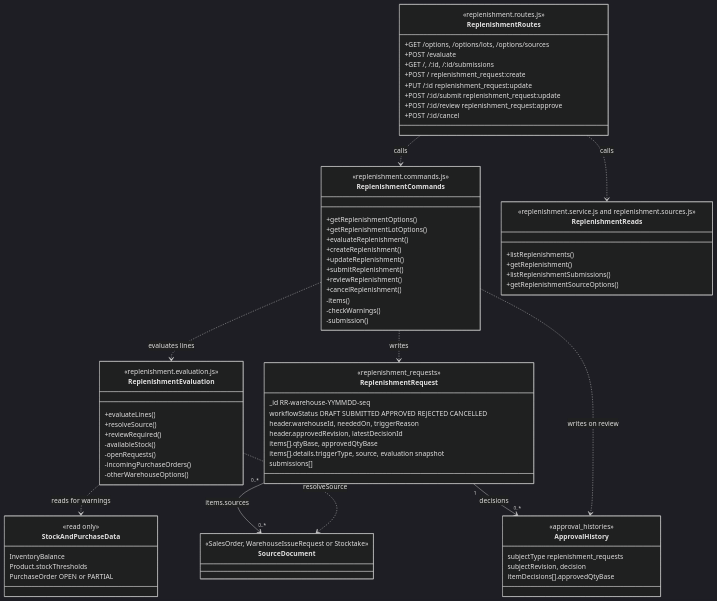
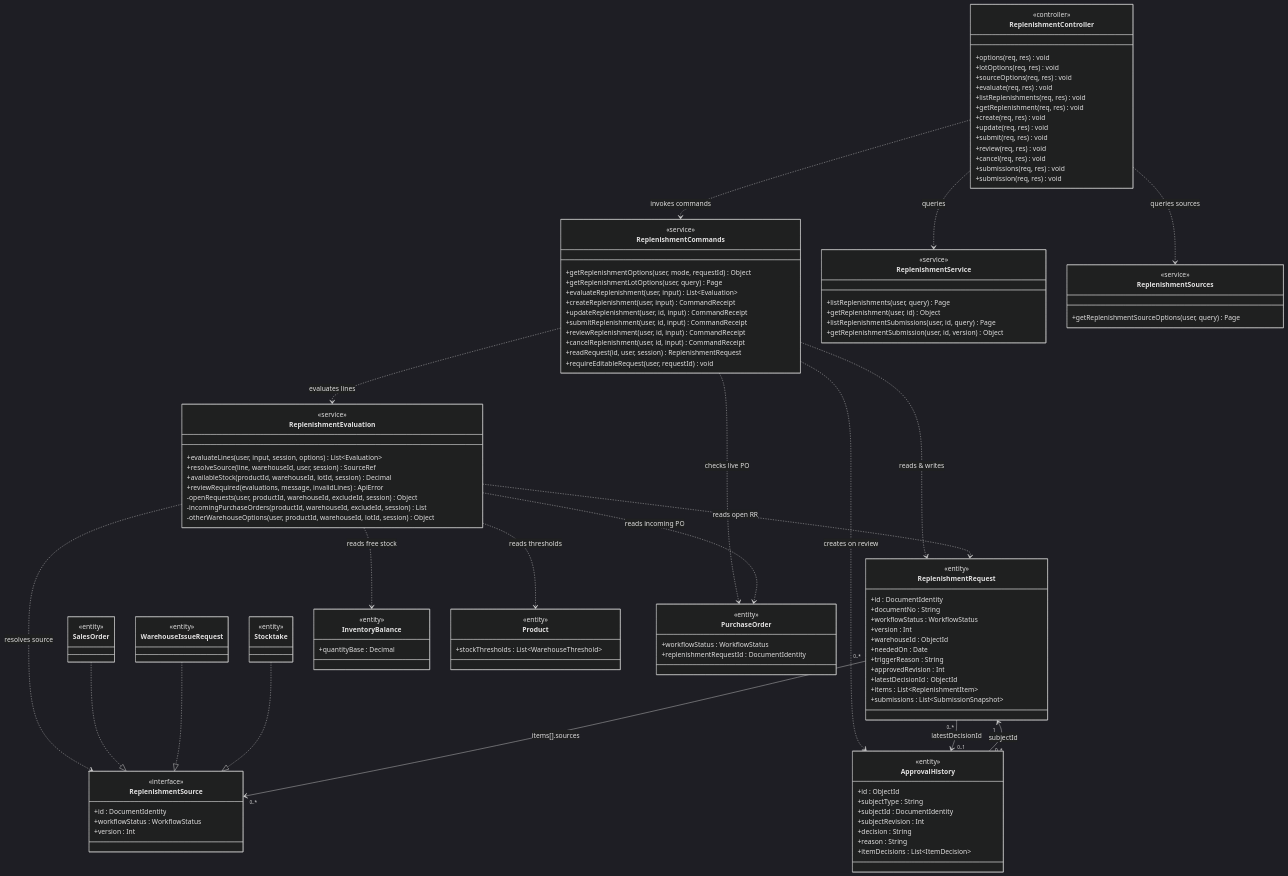
The fourth of 46 diagrams in git_doc/docs/01_bao_cao/WMSD_Report4_Draft.md (bupbalabup/wmsd_be), drawn with Mermaid (dark theme) before and after one commit. The commit also changed other lines of this file and 2 other files, not shown here.

````diff
--- a/git_doc/docs/01_bao_cao/WMSD_Report4_Draft.md
+++ b/git_doc/docs/01_bao_cao/WMSD_Report4_Draft.md
@@ -1886,79 +406,123 @@
 ```mermaid
 classDiagram
-  class ReplenishmentRoutes {
-    <<replenishment.routes.js>>
-    +GET /options, /options/lots, /options/sources
-    +POST /evaluate
-    +GET /, /:id, /:id/submissions
-    +POST / replenishment_request:create
-    +PUT /:id replenishment_request:update
-    +POST /:id/submit replenishment_request:update
-    +POST /:id/review replenishment_request:approve
-    +POST /:id/cancel
+  class ReplenishmentController {
+    <<controller>>
+    +options(req, res) void
+    +lotOptions(req, res) void
+    +sourceOptions(req, res) void
+    +evaluate(req, res) void
+    +listReplenishments(req, res) void
+    +getReplenishment(req, res) void
+    +create(req, res) void
+    +update(req, res) void
+    +submit(req, res) void
+    +review(req, res) void
+    +cancel(req, res) void
+    +submissions(req, res) void
+    +submission(req, res) void
   }
   class ReplenishmentCommands {
-    <<replenishment.commands.js>>
-    +getReplenishmentOptions()
-    +getReplenishmentLotOptions()
-    +evaluateReplenishment()
-    +createReplenishment()
-    +updateReplenishment()
-    +submitReplenishment()
-    +reviewReplenishment()
-    +cancelReplenishment()
-    -items()
-    -checkWarnings()
-    -submission()
+    <<service>>
+    +getReplenishmentOptions(user, mode, requestId) Object
+    +getReplenishmentLotOptions(user, query) Page
+    +evaluateReplenishment(user, input) List~Evaluation~
+    +createReplenishment(user, input) CommandReceipt
+    +updateReplenishment(user, id, input) CommandReceipt
+    +submitReplenishment(user, id, input) CommandReceipt
+    +reviewReplenishment(user, id, input) CommandReceipt
+    +cancelReplenishment(user, id, input) CommandReceipt
+    +readRequest(id, user, session) ReplenishmentRequest
+    +requireEditableRequest(user, requestId) void
   }
   class ReplenishmentEvaluation {
-    <<replenishment.evaluation.js>>
-    +evaluateLines()
-    +resolveSource()
-    +reviewRequired()
-    -availableStock()
-    -openRequests()
-    -incomingPurchaseOrders()
-    -otherWarehouseOptions()
+    <<service>>
+    +evaluateLines(user, input, session, options) List~Evaluation~
+    +resolveSource(line, warehouseId, user, session) SourceRef
+    +availableStock(productId, warehouseId, lotId, session) Decimal
+    +reviewRequired(evaluations, message, invalidLines) ApiError
+    -openRequests(user, productId, warehouseId, excludeId, session) Object
+    -incomingPurchaseOrders(productId, warehouseId, excludeId, session) List
+    -otherWarehouseOptions(user, productId, warehouseId, lotId, session) Object
   }
-  class ReplenishmentReads {
-    <<replenishment.service.js and replenishment.sources.js>>
-    +listReplenishments()
-    +getReplenishment()
-    +listReplenishmentSubmissions()
-    +getReplenishmentSourceOptions()
+  class ReplenishmentService {
+    <<service>>
+    +listReplenishments(user, query) Page
+    +getReplenishment(user, id) Object
+    +listReplenishmentSubmissions(user, id, query) Page
+    +getReplenishmentSubmission(user, id, version) Object
+  }
+  class ReplenishmentSources {
+    <<service>>
+    +getReplenishmentSourceOptions(user, query) Page
   }
   class ReplenishmentRequest {
-    <<replenishment_requests>>
-    _id RR-warehouse-YYMMDD-seq
-    workflowStatus DRAFT SUBMITTED APPROVED REJECTED CANCELLED
-    header.warehouseId, neededOn, triggerReason
-    header.approvedRevision, latestDecisionId
-    items[].qtyBase, approvedQtyBase
-    items[].details.triggerType, source, evaluation snapshot
-    submissions[]
+    <<entity>>
+    +id : DocumentIdentity
+    +documentNo : String
+    +workflowStatus : WorkflowStatus
+    +version : Int
+    +warehouseId : ObjectId
+    +neededOn : Date
+    +triggerReason : String
+    +approvedRevision : Int
+    +latestDecisionId : ObjectId
+    +items : List~ReplenishmentItem~
+    +submissions : List~SubmissionSnapshot~
   }
   class ApprovalHistory {
-    <<approval_histories>>
-    subjectType replenishment_requests
-    subjectRevision, decision
-    itemDecisions[].approvedQtyBase
+    <<entity>>
+    +id : ObjectId
+    +subjectType : String
+    +subjectId : DocumentIdentity
+    +subjectRevision : Int
+    +decision : String
+    +reason : String
+    +itemDecisions : List~ItemDecision~
   }
-  class SourceDocument {
-    <<SalesOrder, WarehouseIssueRequest or Stocktake>>
+  class ReplenishmentSource {
+    <<interface>>
+    +id : DocumentIdentity
+    +workflowStatus : WorkflowStatus
+    +version : Int
   }
-  class StockAndPurchaseData {
-    <<read only>>
-    InventoryBalance
-    Product.stockThresholds
-    PurchaseOrder OPEN or PARTIAL
+  class SalesOrder {
+    <<entity>>
   }
-  ReplenishmentRoutes ..> ReplenishmentCommands : calls
-  ReplenishmentRoutes ..> ReplenishmentReads : calls
+  class WarehouseIssueRequest {
+    <<entity>>
+  }
+  class Stocktake {
+    <<entity>>
+  }
+  class InventoryBalance {
+    <<entity>>
+    +quantityBase : Decimal
+  }
+  class Product {
+    <<entity>>
+    +stockThresholds : List~WarehouseThreshold~
+  }
+  class PurchaseOrder {
+    <<entity>>
+    +workflowStatus : WorkflowStatus
+    +replenishmentRequestId : DocumentIdentity
+  }
+  ReplenishmentController ..> ReplenishmentCommands : invokes commands
+  ReplenishmentController ..> ReplenishmentService : queries
+  ReplenishmentController ..> ReplenishmentSources : queries sources
   ReplenishmentCommands ..> ReplenishmentEvaluation : evaluates lines
-  ReplenishmentEvaluation ..> SourceDocument : resolveSource
-  ReplenishmentEvaluation ..> StockAndPurchaseData : reads for warnings
-  ReplenishmentCommands ..> ReplenishmentRequest : writes
-  ReplenishmentCommands ..> ApprovalHistory : writes on review
-  ReplenishmentRequest "1" --> "0..*" ApprovalHistory : decisions
-  ReplenishmentRequest "0..*" --> "0..*" SourceDocument : items.sources
+  ReplenishmentCommands ..> ReplenishmentRequest : reads & writes
+  ReplenishmentCommands ..> ApprovalHistory : creates on review
+  ReplenishmentCommands ..> PurchaseOrder : checks live PO
+  ReplenishmentEvaluation ..> ReplenishmentSource : resolves source
+  ReplenishmentEvaluation ..> ReplenishmentRequest : reads open RR
+  ReplenishmentEvaluation ..> InventoryBalance : reads free stock
+  ReplenishmentEvaluation ..> Product : reads thresholds
+  ReplenishmentEvaluation ..> PurchaseOrder : reads incoming PO
+  SalesOrder ..|> ReplenishmentSource
+  WarehouseIssueRequest ..|> ReplenishmentSource
+  Stocktake ..|> ReplenishmentSource
+  ApprovalHistory "0..*" --> "1" ReplenishmentRequest : subjectId
+  ReplenishmentRequest "0..*" --> "0..1" ApprovalHistory : latestDecisionId
+  ReplenishmentRequest "0..*" --> "0..*" ReplenishmentSource : items[].sources
 ```
````
